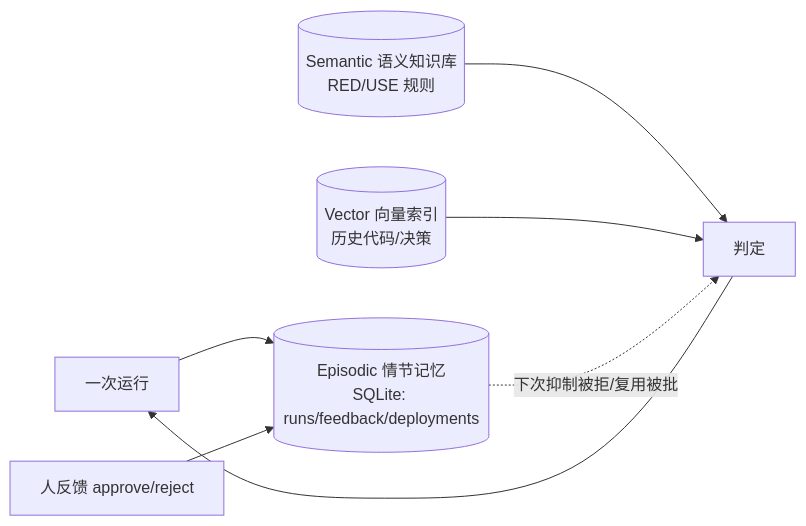
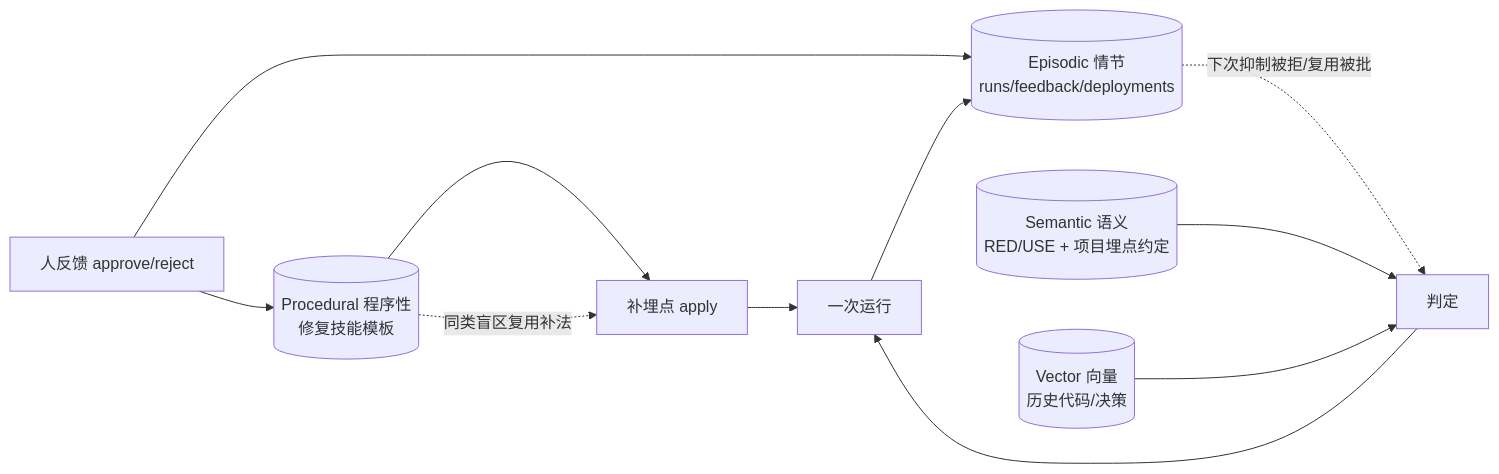
One commit to zhangyizhou99/sentinel changed the third of 3 diagrams in DESIGN.md. Above: the diagram before and after it, drawn with Mermaid. The commit also changed other lines of this file and 18 other files, not shown here.

````diff
--- a/DESIGN.md
+++ b/DESIGN.md
@@ -288,9 +326,13 @@
 ```mermaid
 flowchart LR
-    RUN[一次运行] --> EP[(Episodic 情节记忆<br/>SQLite: runs/feedback/deployments)]
-    KB[(Semantic 语义知识库<br/>RED/USE 规则)] --> JUDGE[判定]
-    VEC[(Vector 向量索引<br/>历史代码/决策)] --> JUDGE
+    RUN[一次运行] --> EP[(Episodic 情节<br/>runs/feedback/deployments)]
+    KB[(Semantic 语义<br/>RED/USE + 项目埋点约定)] --> JUDGE[判定]
+    VEC[(Vector 向量<br/>历史代码/决策)] --> JUDGE
+    PROC[(Procedural 程序性<br/>修复技能模板)] --> APPLY[补埋点 apply]
     JUDGE --> RUN
+    APPLY --> RUN
     USER[人反馈 approve/reject] --> EP
+    USER --> PROC
     EP -.下次抑制被拒/复用被批.-> JUDGE
+    PROC -.同类盲区复用补法.-> APPLY
 ```
````
